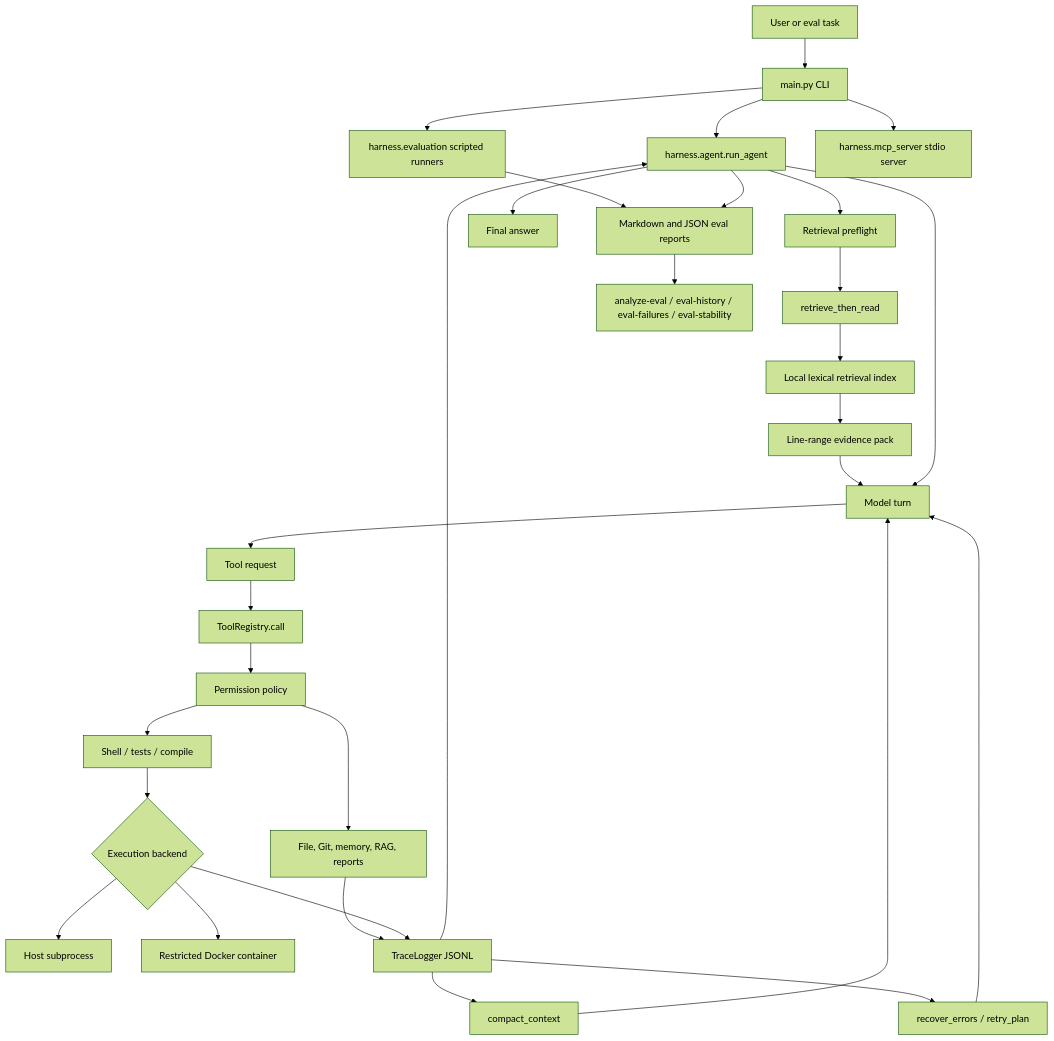
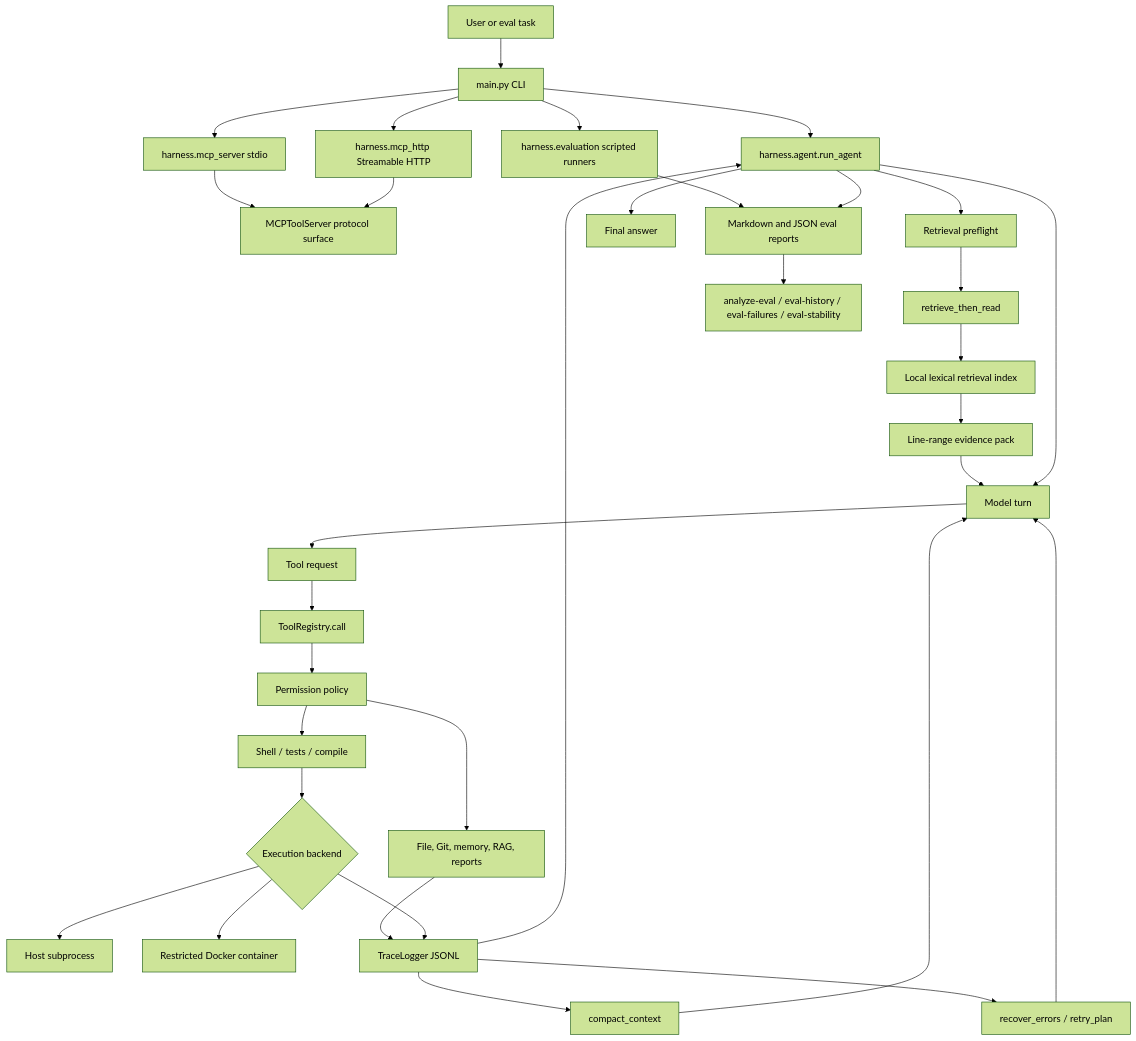
Before and after one commit to Userss1234/mini-coding-agent-harness: the first of 5 diagrams in docs/ARCHITECTURE.md, drawn with Mermaid (forest theme). The commit also changed other lines of this file and 16 other files, not shown here.

Commit message:
feat: add secure MCP Streamable HTTP transport

````diff
--- a/docs/ARCHITECTURE.md
+++ b/docs/ARCHITECTURE.md
@@ -7,36 +7,39 @@
 ```mermaid
 flowchart TD
     U["User or eval task"] --> CLI["main.py CLI"]
     CLI --> Agent["harness.agent.run_agent"]
     CLI --> Scripted["harness.evaluation scripted runners"]
-    CLI --> MCP["harness.mcp_server stdio server"]
+    CLI --> MCPStdio["harness.mcp_server stdio"]
+    CLI --> MCPHTTP["harness.mcp_http Streamable HTTP"]
+    MCPStdio --> MCPProtocol["MCPToolServer protocol surface"]
+    MCPHTTP --> MCPProtocol
 
     Agent --> Preflight["Retrieval preflight"]
     Preflight --> RTR["retrieve_then_read"]
     RTR --> RAG["Local lexical retrieval index"]
     RAG --> Evidence["Line-range evidence pack"]
     Evidence --> Model["Model turn"]
 
     Agent --> Model
     Model --> ToolUse["Tool request"]
     ToolUse --> Registry["ToolRegistry.call"]
     Registry --> Policy["Permission policy"]
     Policy --> Tools["File, Git, memory, RAG, reports"]
     Policy --> Execute["Shell / tests / compile"]
     Execute --> Backend{"Execution backend"}
     Backend --> Host["Host subprocess"]
     Backend --> Docker["Restricted Docker container"]
     Tools --> Trace["TraceLogger JSONL"]
     Backend --> Trace
     Trace --> Agent
 
     Trace --> Compact["compact_context"]
     Trace --> Retry["recover_errors / retry_plan"]
     Compact --> Model
     Retry --> Model
 
     Agent --> Answer["Final answer"]
     Scripted --> EvalReport["Markdown and JSON eval reports"]
     Agent --> EvalReport
     EvalReport --> Analysis["analyze-eval / eval-history / eval-failures / eval-stability"]
 ```
````
